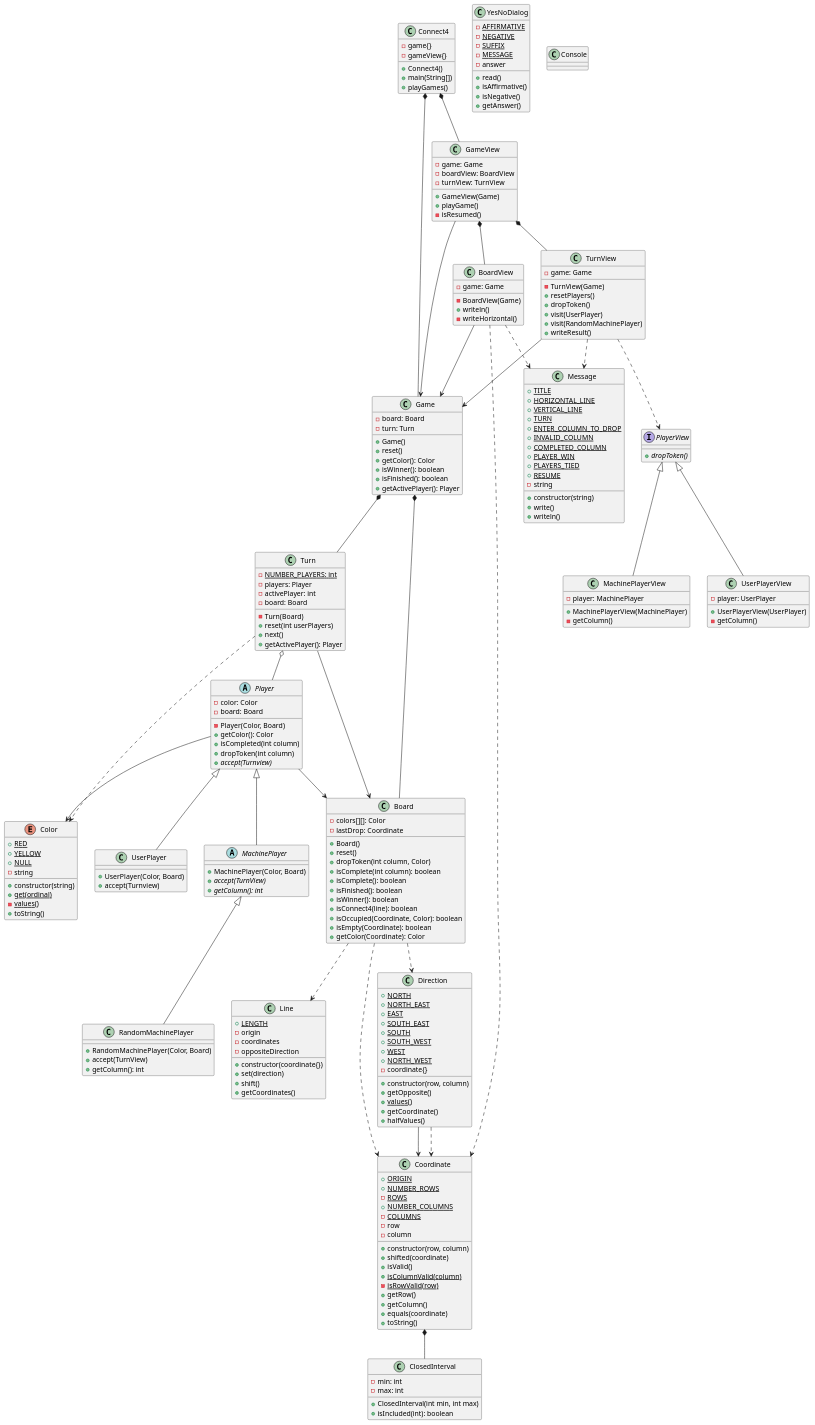
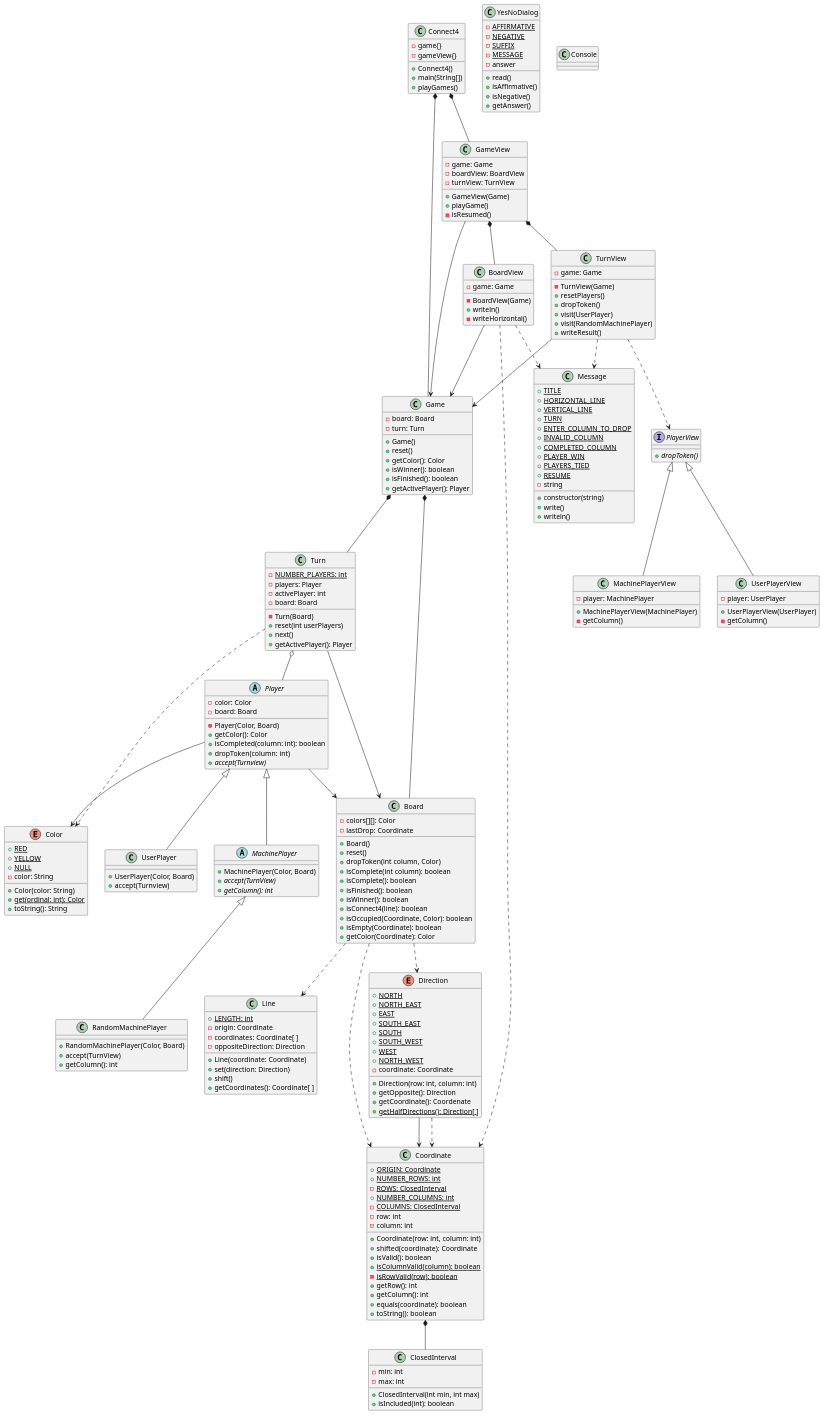
The diagram in connect4/Docs/diagrams/src/classDiagram.plantuml (js-rom/connect4), drawn with PlantUML before and after one commit.

```diff
--- a/connect4/Docs/diagrams/src/classDiagram.plantuml
+++ b/connect4/Docs/diagrams/src/classDiagram.plantuml
@@ -11,7 +11,7 @@
 class ClosedInterval
 enum Color
 class Coordinate
-class Direction
+enum Direction
 class Message
 class Line
 class Board
@@ -114,8 +114,8 @@
 Player : -board: Board
 Player : -Player(Color, Board)
 Player : +getColor(): Color
-Player : +isCompleted(int column)
-Player : +dropToken(int column)
+Player : +isCompleted(column: int): boolean
+Player : +dropToken(column: int)
 Player : +{abstract}accept(Turnview)
 
 UserPlayer : +UserPlayer(Color, Board)
@@ -143,17 +143,6 @@
 Board : +isEmpty(Coordinate): boolean
 Board : +getColor(Coordinate): Color
 
-
-
-Line : {static} +LENGTH
-Line : -origin
-Line : -coordinates
-Line : -oppositeDirection
-Line : +constructor(coordinate{})
-Line : +set(direction)
-Line : +shift()
-Line : +getCoordinates()
-
 Message : {static} +TITLE
 Message : {static} +HORIZONTAL_LINE
 Message : {static} +VERTICAL_LINE
@@ -169,6 +158,23 @@
 Message : +write()
 Message : +writeln()
  
+Color : {static} +RED
+Color : {static} +YELLOW
+Color : {static} +NULL
+Color : -color: String
+Color : +Color(color: String)
+Color : {static} +get(ordinal: int): Color
+Color : +toString(): String
+
+Line : {static} +LENGTH: int
+Line : -origin: Coordinate
+Line : -coordinates: Coordinate[ ]
+Line : -oppositeDirection: Direction
+Line : +Line(coordinate: Coordinate)
+Line : +set(direction: Direction)
+Line : +shift()
+Line : +getCoordinates(): Coordinate[ ]
+
 Direction : {static} +NORTH
 Direction : {static} +NORTH_EAST
 Direction : {static} +EAST
@@ -177,38 +183,28 @@
 Direction : {static} +SOUTH_WEST
 Direction : {static} +WEST
 Direction : {static} +NORTH_WEST
-Direction : -coordinate{}
-Direction : +constructor(row, column)
-Direction : +getOpposite()
-Direction : {static} +values()
-Direction : +getCoordinate()
-Direction : +halfValues()
+Direction : -coordinate: Coordinate
+Direction : +Direction(row: int, column: int)
+Direction : +getOpposite(): Direction
+Direction : +getCoordinate(): Coordenate
+Direction : +{static}getHalfDirections(): Direction[ ]
 
-Coordinate : {static} +ORIGIN
-Coordinate : {static} +NUMBER_ROWS
-Coordinate : {static} -ROWS
-Coordinate : {static} +NUMBER_COLUMNS
-Coordinate : {static} -COLUMNS
-Coordinate : -row
-Coordinate : -column
-Coordinate : +constructor(row, column)
-Coordinate : +shifted(coordinate)
-Coordinate : +isValid()
-Coordinate : {static} +isColumnValid(column)
-Coordinate : {static} -isRowValid(row)
-Coordinate : +getRow()
-Coordinate : +getColumn()
-Coordinate : +equals(coordinate)
-Coordinate : +toString()
-
-Color : {static} +RED
-Color : {static} +YELLOW
-Color : {static} +NULL
-Color : -string
-Color : +constructor(string)
-Color : {static} +get(ordinal)
-Color : {static} -values()
-Color : +toString()
+Coordinate : {static} +ORIGIN: Coordinate
+Coordinate : {static} +NUMBER_ROWS: int
+Coordinate : {static} -ROWS: ClosedInterval
+Coordinate : {static} +NUMBER_COLUMNS: int
+Coordinate : {static} -COLUMNS: ClosedInterval
+Coordinate : -row: int
+Coordinate : -column: int
+Coordinate : +Coordinate(row: int, column: int)
+Coordinate : +shifted(coordinate): Coordinate
+Coordinate : +isValid(): boolean
+Coordinate : {static} +isColumnValid(column): boolean
+Coordinate : {static} -isRowValid(row): boolean
+Coordinate : +getRow(): int
+Coordinate : +getColumn(): int
+Coordinate : +equals(coordinate): boolean
+Coordinate : +toString(): boolean
 
 ClosedInterval : -min: int
 ClosedInterval : -max: int
```
